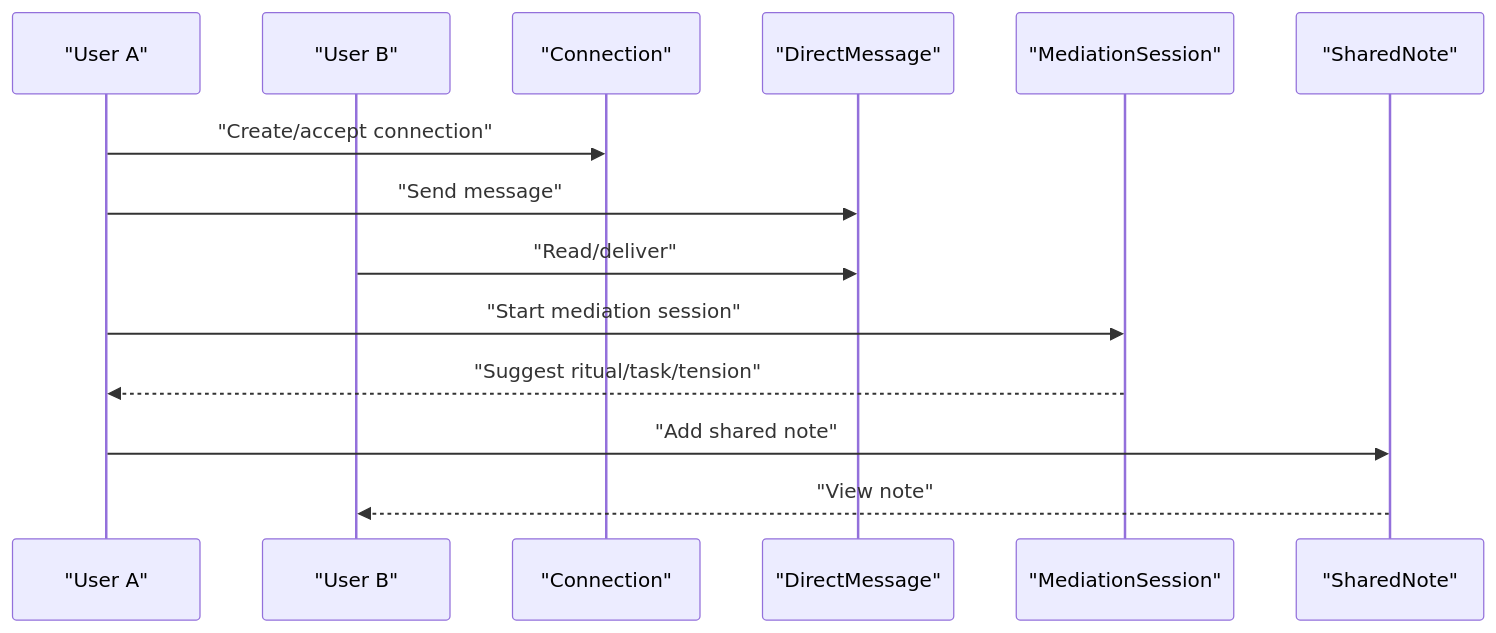
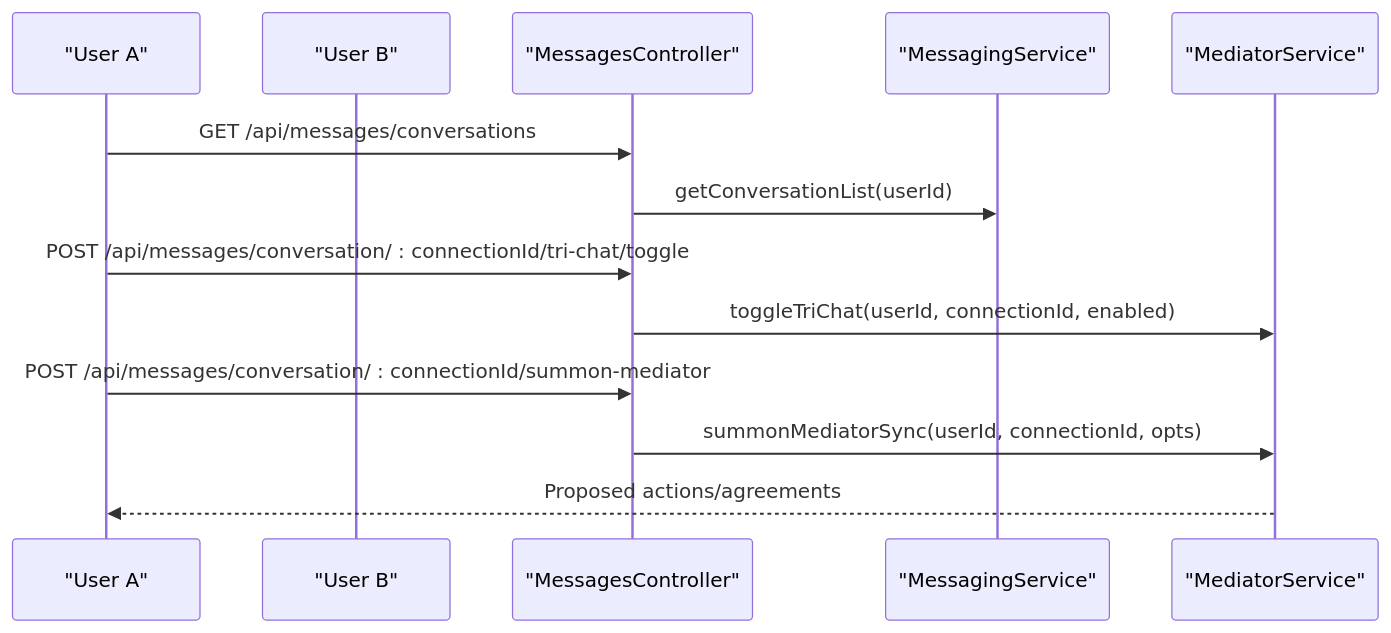
Before and after one commit to statgod6/4ever: the seventh of 8 diagrams in .qoder/repowiki/en/content/Core Features/Core Features.md, drawn with Mermaid. The commit also changed other lines of this file and 116 other files, not shown here.

````diff
--- a/.qoder/repowiki/en/content/Core Features/Core Features.md
+++ b/.qoder/repowiki/en/content/Core Features/Core Features.md
@@ -353,16 +311,15 @@
 ```mermaid
 sequenceDiagram
-participant A as "User A"
-participant B as "User B"
-participant Conn as "Connection"
-participant Msg as "DirectMessage"
-participant Med as "MediationSession"
-participant Notes as "SharedNote"
-A->>Conn : "Create/accept connection"
-A->>Msg : "Send message"
-B->>Msg : "Read/deliver"
-A->>Med : "Start mediation session"
-Med-->>A : "Suggest ritual/task/tension"
-A->>Notes : "Add shared note"
-Notes-->>B : "View note"
+participant U1 as "User A"
+participant U2 as "User B"
+participant MC as "MessagesController"
+participant MS as "MessagingService"
+participant MED as "MediatorService"
+U1->>MC : GET /api/messages/conversations
+MC->>MS : getConversationList(userId)
+U1->>MC : POST /api/messages/conversation/ : connectionId/tri-chat/toggle
+MC->>MED : toggleTriChat(userId, connectionId, enabled)
+U1->>MC : POST /api/messages/conversation/ : connectionId/summon-mediator
+MC->>MED : summonMediatorSync(userId, connectionId, opts)
+MED-->>U1 : Proposed actions/agreements
 ```
````
